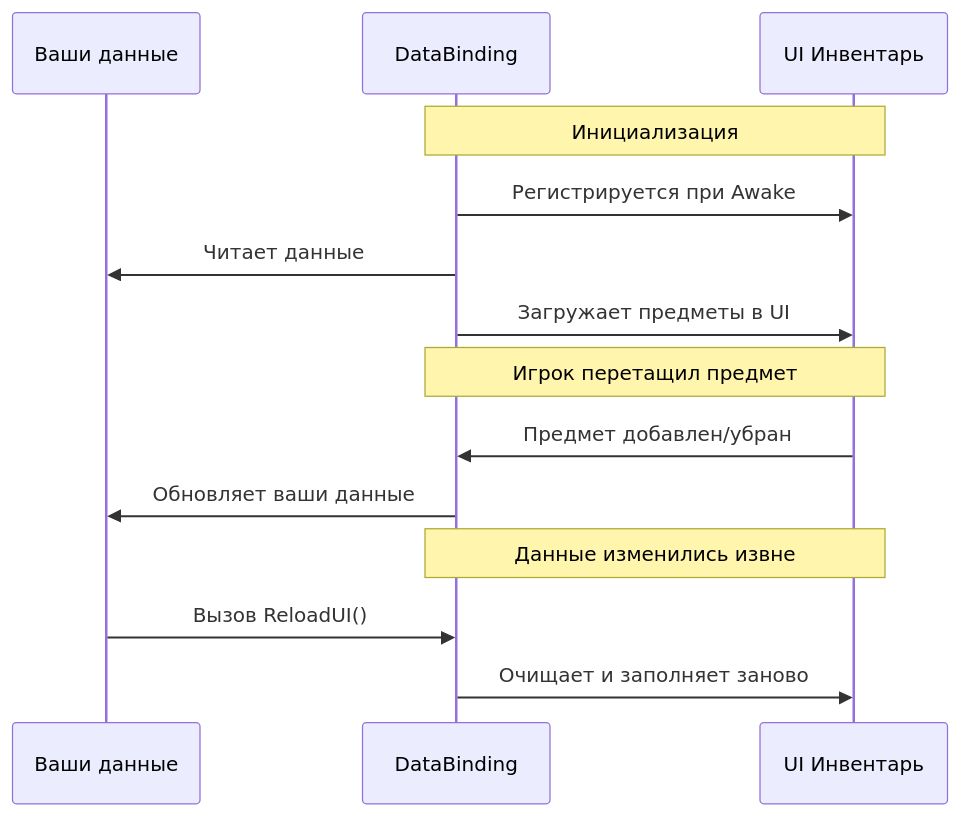
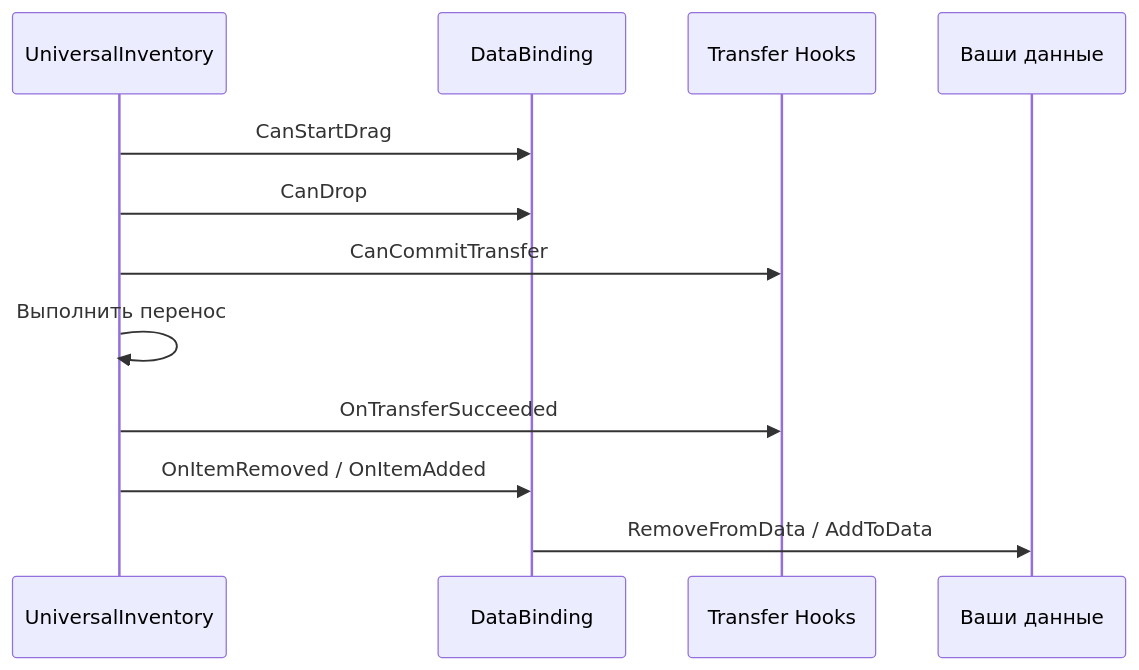
Before and after one commit to SergeevSergey99/DragAndDropSystem-Docs: the second of 2 diagrams in .docs/content/architecture/data-binding.md, drawn with Mermaid. The commit also changed other lines of this file and 16 other files, not shown here.

````diff
--- a/.docs/content/architecture/data-binding.md
+++ b/.docs/content/architecture/data-binding.md
@@ -25,19 +37,15 @@
 ```mermaid
 sequenceDiagram
-    participant Данные as Ваши данные
+    participant UI as UniversalInventory
     participant DB as DataBinding
-    participant UI as UI Инвентарь
+    participant Domain as Transfer Hooks
+    participant Data as Ваши данные
 
-    Note over DB,UI: Инициализация
-    DB->>UI: Регистрируется при Awake
-    DB->>Данные: Читает данные
-    DB->>UI: Загружает предметы в UI
-
-    Note over DB,UI: Игрок перетащил предмет
-    UI->>DB: Предмет добавлен/убран
-    DB->>Данные: Обновляет ваши данные
-
-    Note over DB,UI: Данные изменились извне
-    Данные->>DB: Вызов ReloadUI()
-    DB->>UI: Очищает и заполняет заново
+    UI->>DB: CanStartDrag
+    UI->>DB: CanDrop
+    UI->>Domain: CanCommitTransfer
+    UI->>UI: Выполнить перенос
+    UI->>Domain: OnTransferSucceeded
+    UI->>DB: OnItemRemoved / OnItemAdded
+    DB->>Data: RemoveFromData / AddToData
 ```
````
